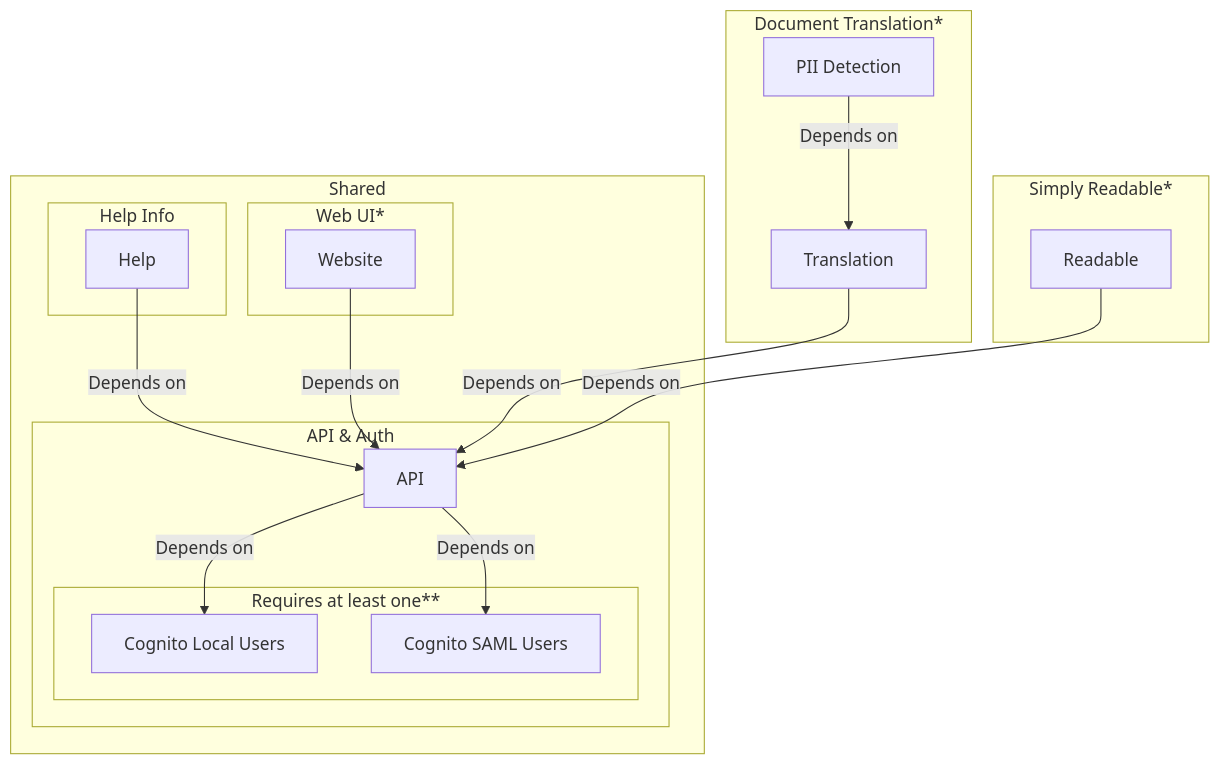
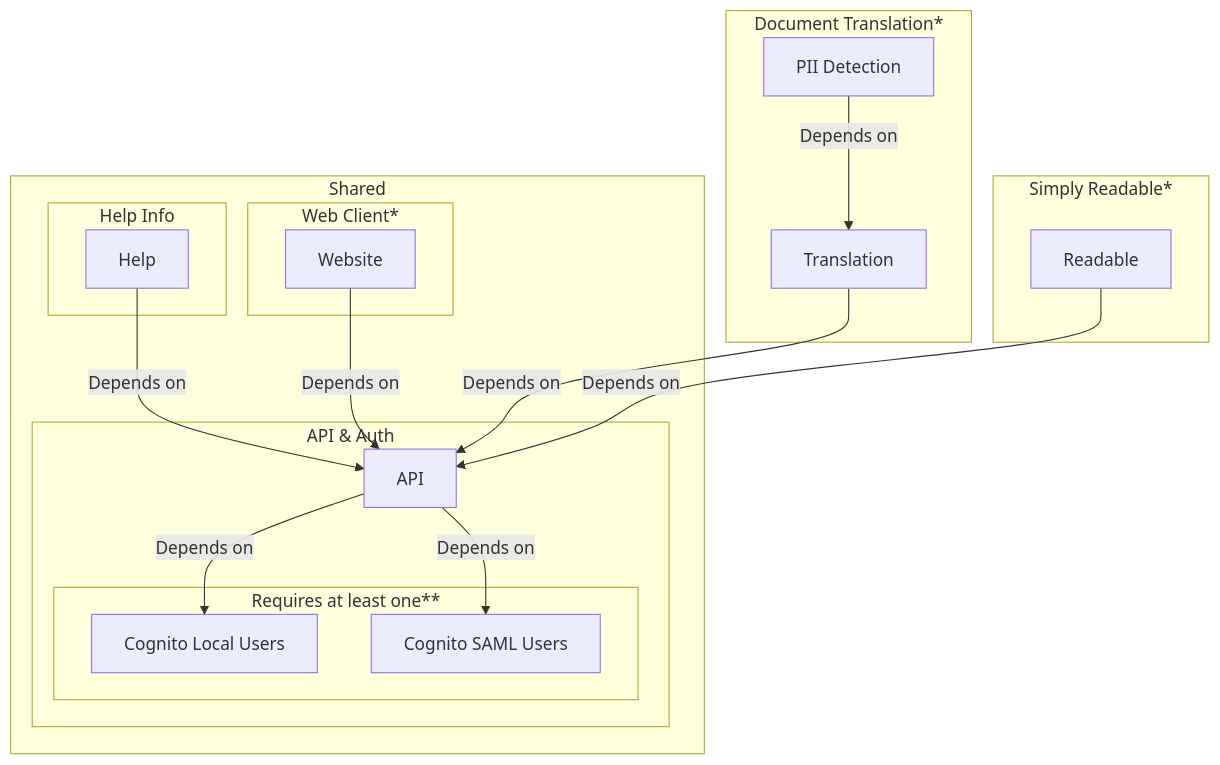
One commit to aws-samples/document-translation changed the diagram in docs/content/docs/architecture/_index.md. Above: the diagram before and after it, drawn with Mermaid. The commit also changed other lines of this file and 3 other files, not shown here.

````diff
--- a/docs/content/docs/architecture/_index.md
+++ b/docs/content/docs/architecture/_index.md
@@ -31,49 +31,49 @@
 ```mermaid
 flowchart TD
     %% NODES
     cognitoLocal["Cognito Local Users"]
     cognitoSaml["Cognito SAML Users"]
     api["API"]
     help["Help"]
     web["Website"]
     dt["Translation"]
     dtPii["PII Detection"]
     sr["Readable"]
 
     %% LINKS
     help   -- Depends on --> api
     web   -- Depends on --> api
     dtPii -- Depends on --> dt -- Depends on --> api
     sr    -- Depends on --> api
 
     api   -- Depends on --> cognitoLocal
     api   -- Depends on --> cognitoSaml
 
     %% GROUPS
     subgraph Document Translation*
       dt
       dtPii
     end
 
     subgraph Simply Readable*
       sr
     end
 
     subgraph Shared
       subgraph Help Info
         help
       end
-      subgraph Web UI*
+      subgraph Web Client*
         web
       end
 
       subgraph API & Auth
         api
 
         subgraph Requires at least one**
             cognitoLocal
             cognitoSaml
         end
       end
     end
 ```
````
